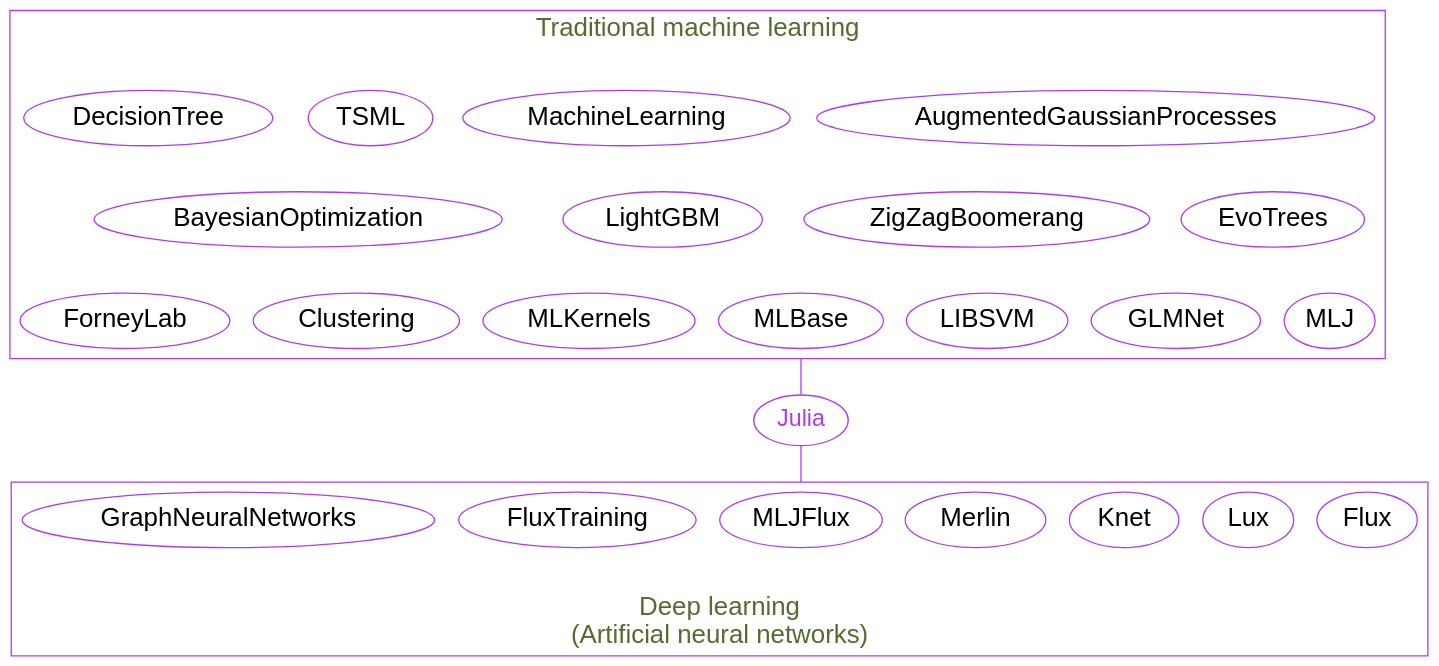
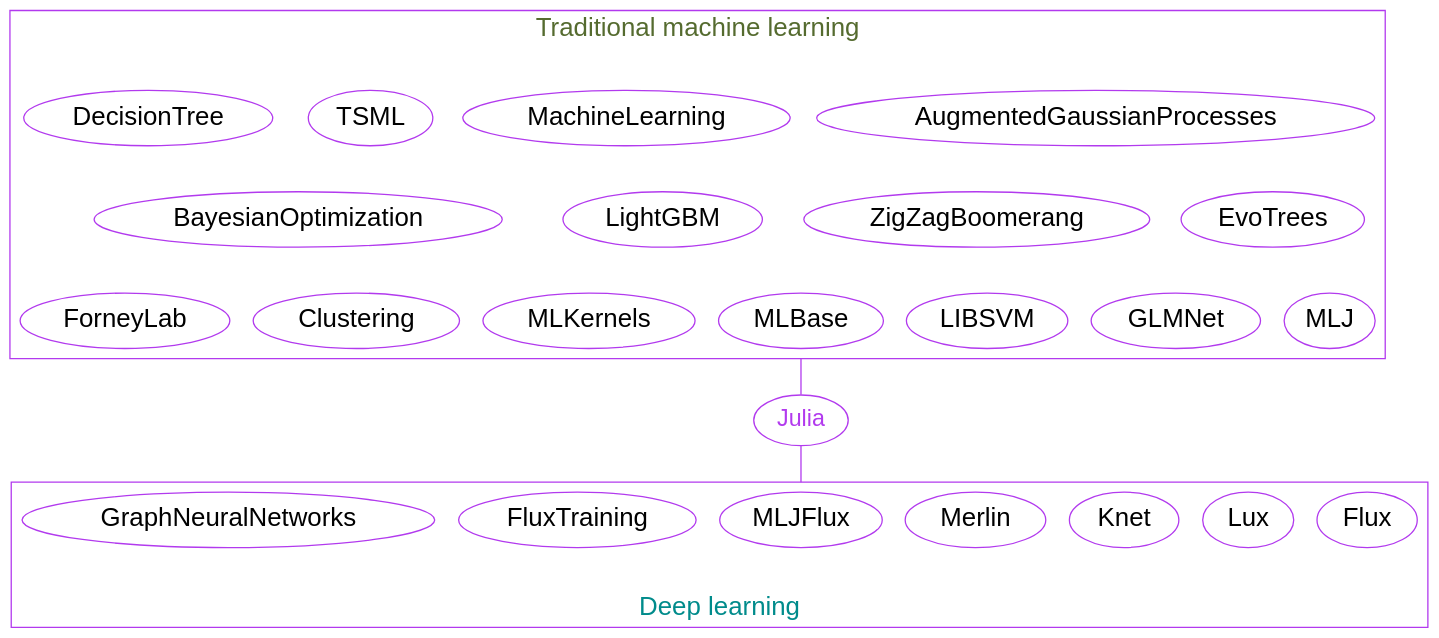
The seventh of 12 diagrams in ml/frameworks_slides.qmd (WestDRI/arc-training), drawn with Graphviz before and after one commit. The commit also changed other lines of this file and 2 other files, not shown here.

````diff
--- a/ml/frameworks_slides.qmd
+++ b/ml/frameworks_slides.qmd
@@ -304,40 +288,40 @@
 ```{dot}
 //| echo: false
 
 strict graph {
 
   bgcolor="transparent"
   graph [fontname="Inconsolata, sans-serif"]
   node [fontname="Inconsolata, sans-serif", color=darkorchid2]
   compound=true
   
   subgraph cluster_ml {
 	label="Traditional machine learning\n\n"
 	color=darkorchid2
 	fontcolor=darkolivegreen
 	fontsize=20
 	edge [style=invis]
 	node [fontsize=20]
 	{rank=same; AugmentedGaussianProcesses MachineLearning TSML DecisionTree}
 	{rank=same; EvoTrees ZigZagBoomerang LightGBM BayesianOptimization}
 	{rank=same; MLJ GLMNet LIBSVM MLBase MLKernels Clustering ForneyLab}
 	AugmentedGaussianProcesses -- EvoTrees -- MLJ
   }
 
   subgraph cluster_dl {	
-	label="\nDeep learning\n(Artificial neural networks)"
+	label="\nDeep learning"
 	color=darkorchid2
-	fontcolor=darkolivegreen
+	fontcolor=darkcyan
 	fontsize=20
 	labelloc=b
 	node [fontsize=20]
 	Flux Lux Knet Merlin MLJFlux FluxTraining GraphNeuralNetworks
   }
 
   Julia [fontsize=18]
   Julia [fontcolor=darkorchid2, URL="https://julialang.org/"]
 
   MLBase -- Julia [ltail=cluster_ml, color=darkorchid2]
   Julia -- MLJFlux [lhead=cluster_dl, color=darkorchid2]
 }
 ```
````
